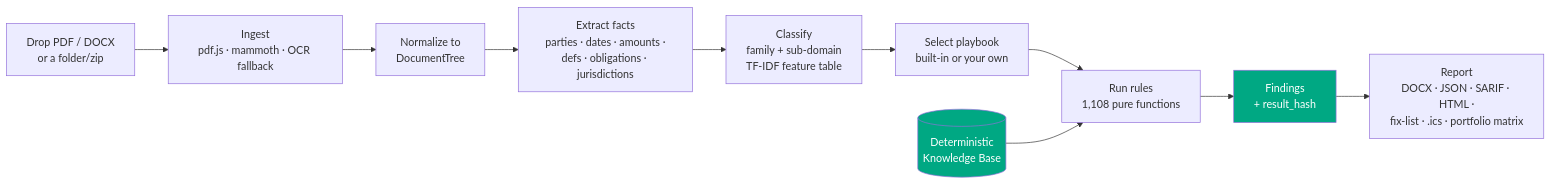
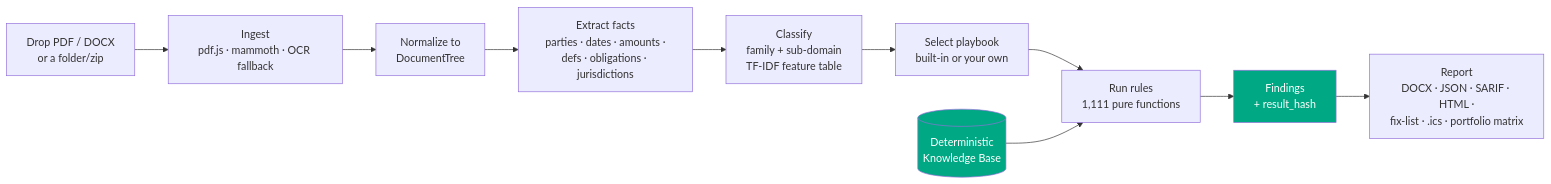
One commit to clay-good/vaulytica changed the first of 11 diagrams in README.md. Above: the diagram before and after it, drawn with Mermaid. The commit also changed other lines of this file and 107 other files, not shown here.

````diff
--- a/README.md
+++ b/README.md
@@ -27,14 +27,14 @@
 ```mermaid
 flowchart LR
   A[Drop PDF / DOCX<br/>or a folder/zip] --> B[Ingest<br/>pdf.js · mammoth · OCR fallback]
   B --> C[Normalize to<br/>DocumentTree]
   C --> D[Extract facts<br/>parties · dates · amounts ·<br/>defs · obligations · jurisdictions]
   D --> E[Classify<br/>family + sub-domain<br/>TF-IDF feature table]
   E --> F[Select playbook<br/>built-in or your own]
-  F --> G[Run rules<br/>1,108 pure functions]
+  F --> G[Run rules<br/>1,111 pure functions]
   G --> H[Findings<br/>+ result_hash]
   H --> I[Report<br/>DOCX · JSON · SARIF · HTML ·<br/>fix-list · .ics · portfolio matrix]
   K[(Deterministic<br/>Knowledge Base)] --> G
   style K fill:#00A883,color:#fff
   style H fill:#00A883,color:#fff
 ```
````
